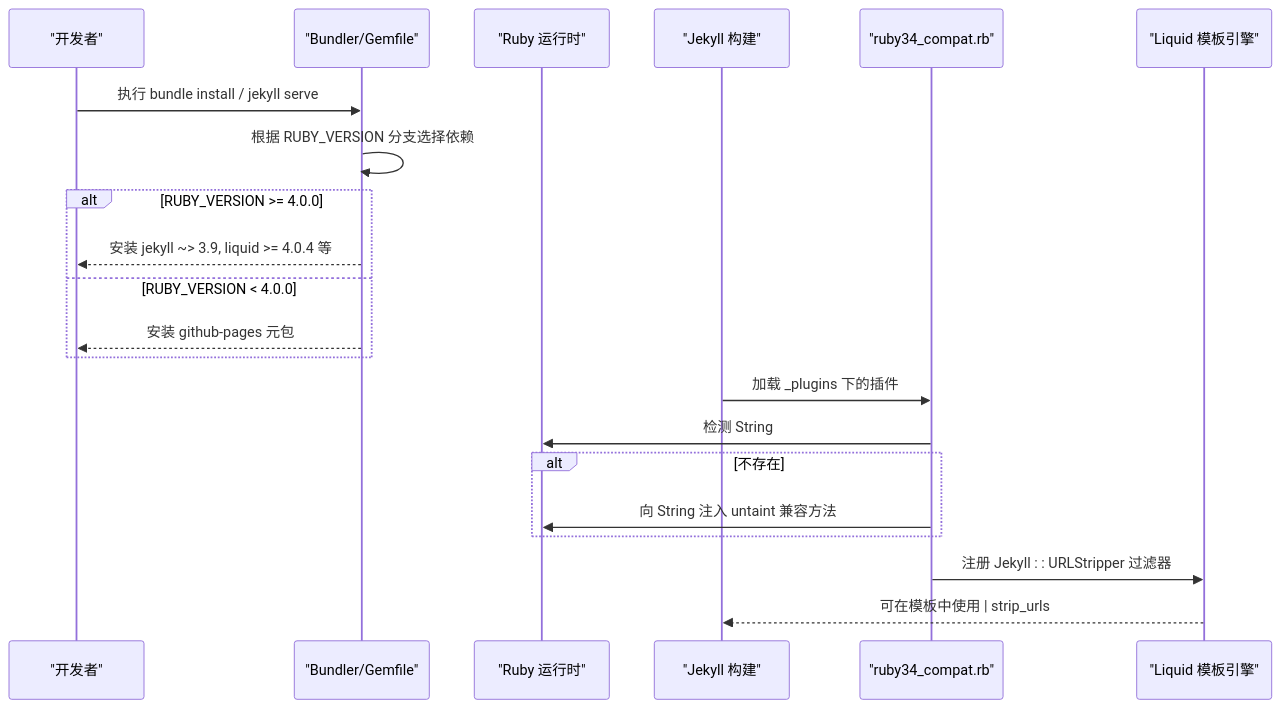
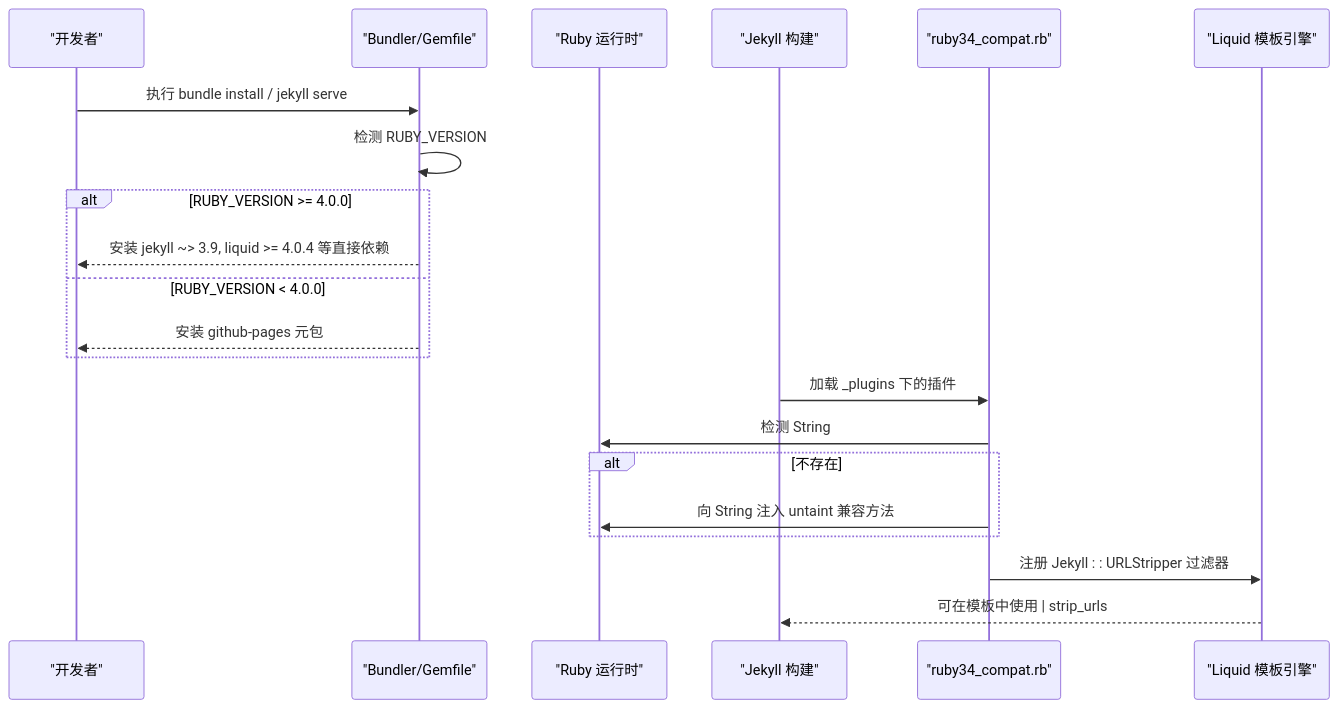
One commit to LZC6244/lzc6244.github.io changed the second of 6 diagrams in .qoder/repowiki/zh/content/插件系统/Ruby 兼容性插件.md. Above: the diagram before and after it, drawn with Mermaid. The commit also changed other lines of this file and 36 other files, not shown here.

````diff
--- a/.qoder/repowiki/zh/content/插件系统/Ruby 兼容性插件.md
+++ b/.qoder/repowiki/zh/content/插件系统/Ruby 兼容性插件.md
@@ -66,23 +88,23 @@
 ```mermaid
 sequenceDiagram
 participant Dev as "开发者"
 participant Bundler as "Bundler/Gemfile"
 participant Ruby as "Ruby 运行时"
 participant Jekyll as "Jekyll 构建"
 participant Plugin as "ruby34_compat.rb"
 participant Liquid as "Liquid 模板引擎"
 Dev->>Bundler : 执行 bundle install / jekyll serve
-Bundler->>Bundler : 根据 RUBY_VERSION 分支选择依赖
+Bundler->>Bundler : 检测 RUBY_VERSION
 alt RUBY_VERSION >= 4.0.0
-Bundler-->>Dev : 安装 jekyll ~> 3.9, liquid >= 4.0.4 等
+Bundler-->>Dev : 安装 jekyll ~> 3.9, liquid >= 4.0.4 等直接依赖
 else RUBY_VERSION < 4.0.0
 Bundler-->>Dev : 安装 github-pages 元包
 end
 Jekyll->>Plugin : 加载 _plugins 下的插件
 Plugin->>Ruby : 检测 String#untaint 是否存在
 alt 不存在
 Plugin->>Ruby : 向 String 注入 untaint 兼容方法
 end
 Plugin->>Liquid : 注册 Jekyll : : URLStripper 过滤器
 Liquid-->>Jekyll : 可在模板中使用 | strip_urls
 ```
````
